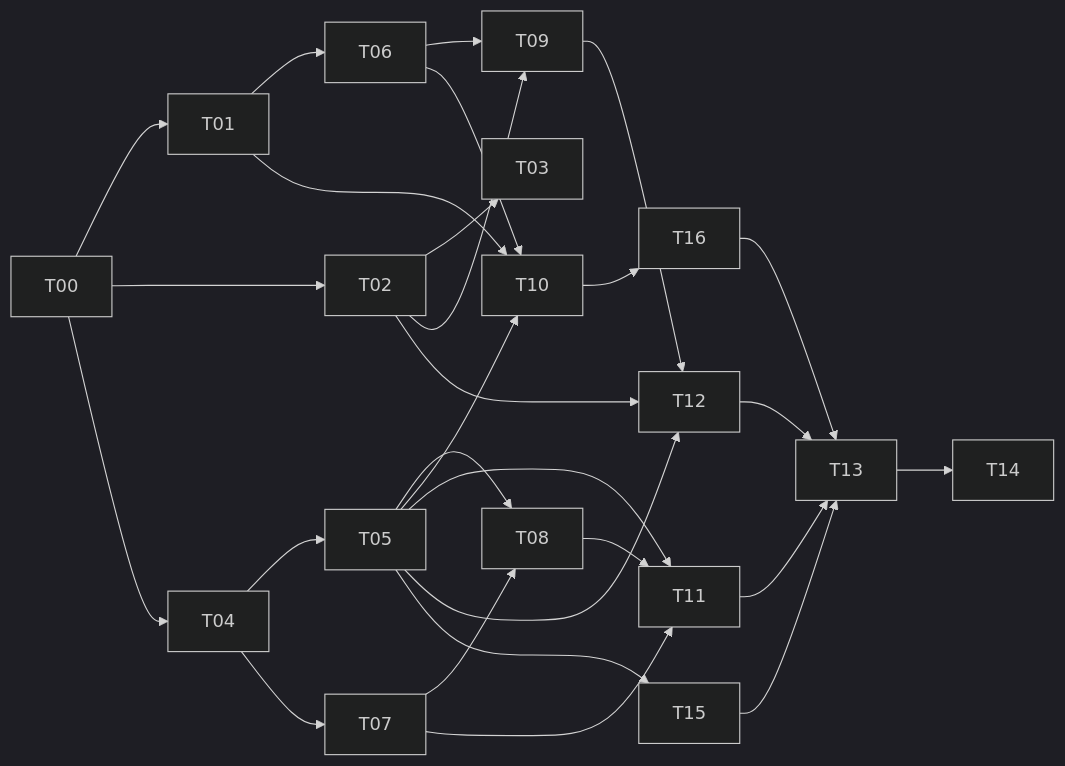
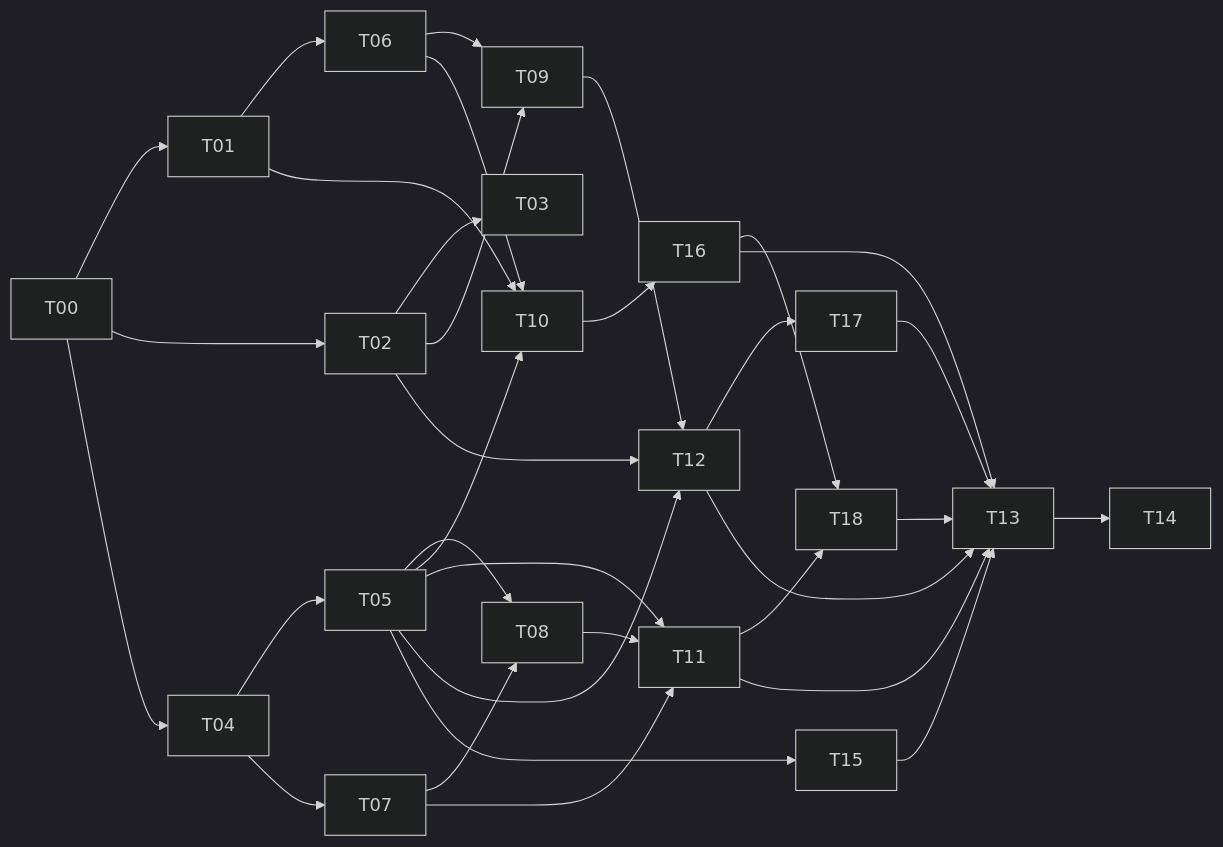
The diagram in docs/plan/ROADMAP.md (JaGaiMO0O/Ground-Work), drawn with Mermaid (dark theme) before and after one commit. The commit also changed other lines of this file and 9 other files, not shown here.

````diff
--- a/docs/plan/ROADMAP.md
+++ b/docs/plan/ROADMAP.md
@@ -17,15 +17,17 @@
 ```mermaid
 graph LR
   T00 --> T01 & T02 & T04
   T01 --> T06 & T10
   T02 --> T03 & T09 & T12
   T04 --> T05 & T07
   T05 --> T08 & T10 & T11 & T12 & T15
   T06 --> T09 & T10
   T07 --> T08 & T11
   T08 --> T11
   T09 --> T12
   T10 --> T16
-  T11 & T12 & T15 & T16 --> T13
+  T12 --> T17
+  T11 & T16 --> T18
+  T11 & T12 & T15 & T16 & T17 & T18 --> T13
   T13 --> T14
 ```
````
